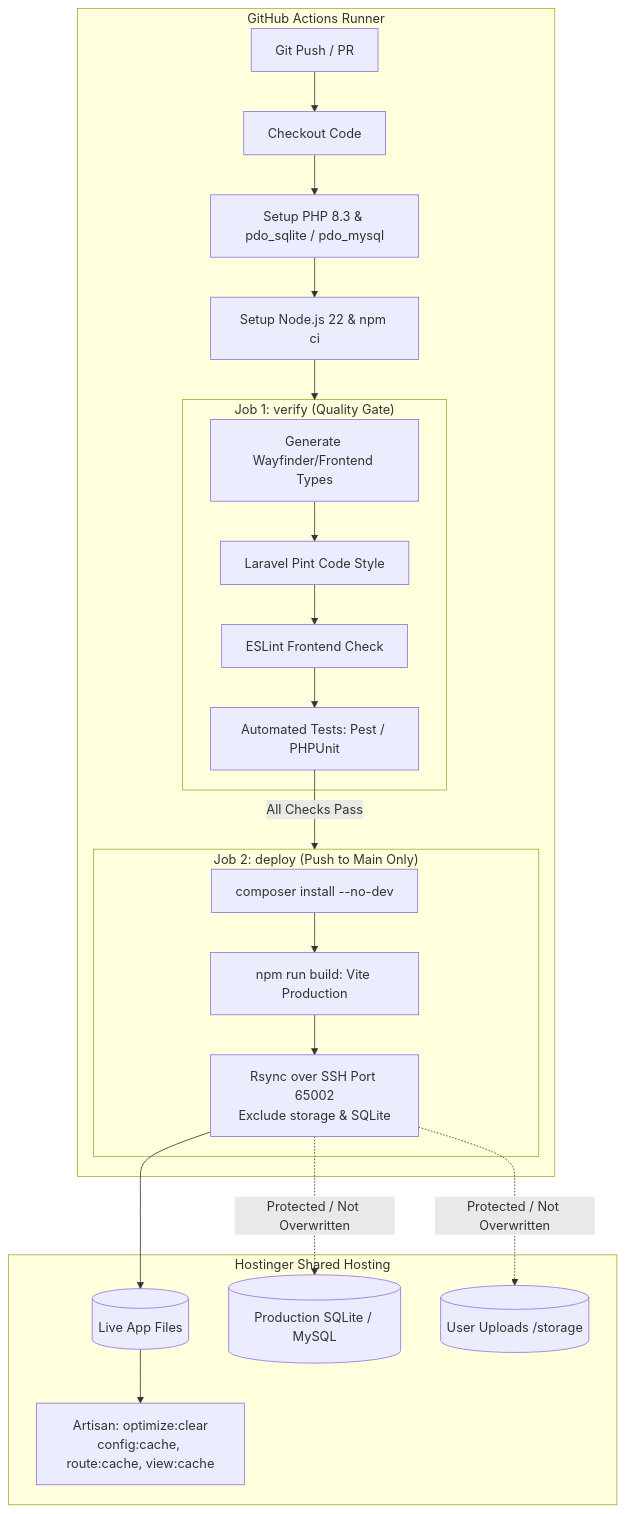
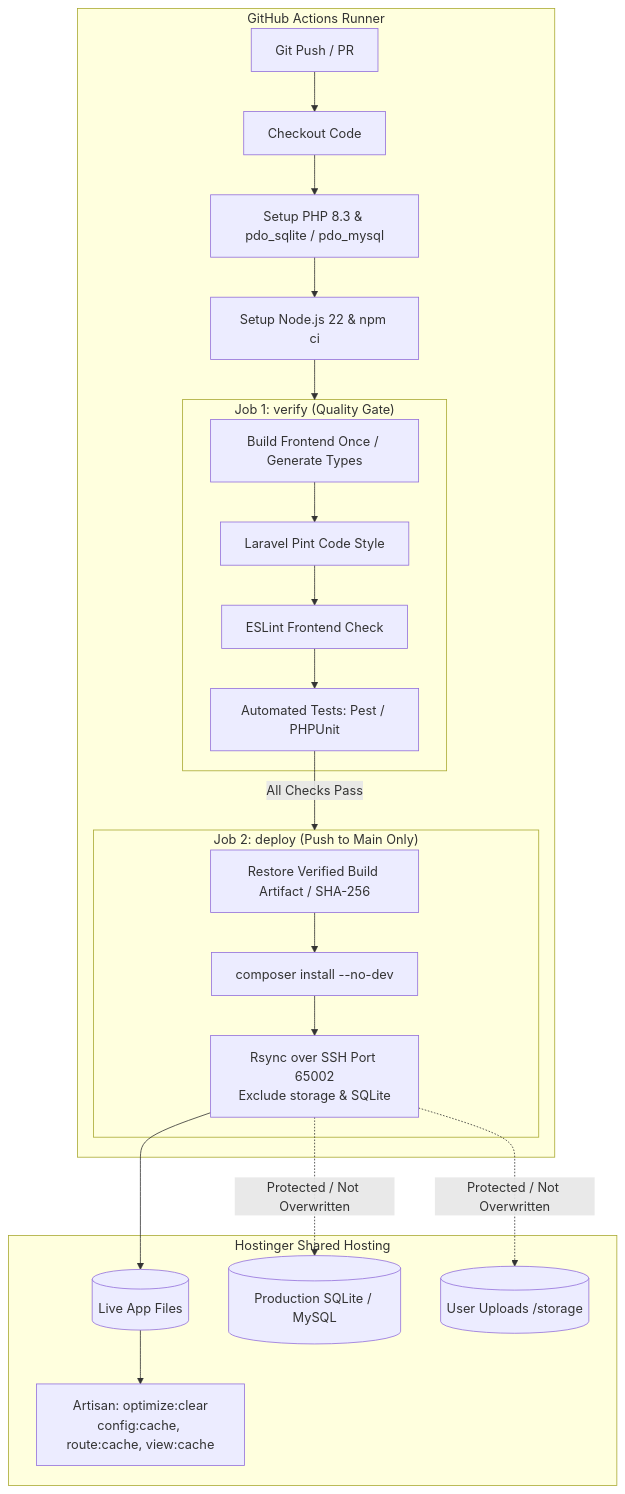
Before and after one commit to Andndre/deploy-ci: the diagram in README.md, drawn with Mermaid. The commit also changed other lines of this file and 13 other files, not shown here.

Commit message:
perf(deploy): build frontend once and reuse verified artifacts

````diff
--- a/README.md
+++ b/README.md
@@ -141,39 +145,39 @@
 ```mermaid
 flowchart TD
     subgraph GitHubRunner ["GitHub Actions Runner"]
         A["Git Push / PR"] --> B["Checkout Code"]
         B --> C["Setup PHP 8.3 & pdo_sqlite / pdo_mysql"]
         C --> D["Setup Node.js 22 & npm ci"]
         
         subgraph verifyJob ["Job 1: verify (Quality Gate)"]
-            E["Generate Wayfinder/Frontend Types"]
+            E["Build Frontend Once / Generate Types"]
             F["Laravel Pint Code Style"]
             G["ESLint Frontend Check"]
             H["Automated Tests: Pest / PHPUnit"]
             E --> F --> G --> H
         end
         
         D --> verifyJob
         
         subgraph deployJob ["Job 2: deploy (Push to Main Only)"]
-            I["composer install --no-dev"]
-            J["npm run build: Vite Production"]
+            I["Restore Verified Build Artifact / SHA-256"]
+            J["composer install --no-dev"]
             K["Rsync over SSH Port 65002<br/>Exclude storage & SQLite"]
             I --> J --> K
         end
         
         H -->|All Checks Pass| deployJob
     end
 
     subgraph HostingerServer ["Hostinger Shared Hosting"]
         L[("Live App Files")]
         M[("Production SQLite / MySQL")]
         N[("User Uploads /storage")]
         O["Artisan: optimize:clear<br/>config:cache, route:cache, view:cache"]
         
         K --> L
         K -.->|Protected / Not Overwritten| M
         K -.->|Protected / Not Overwritten| N
         L --> O
     end
 ```
````
